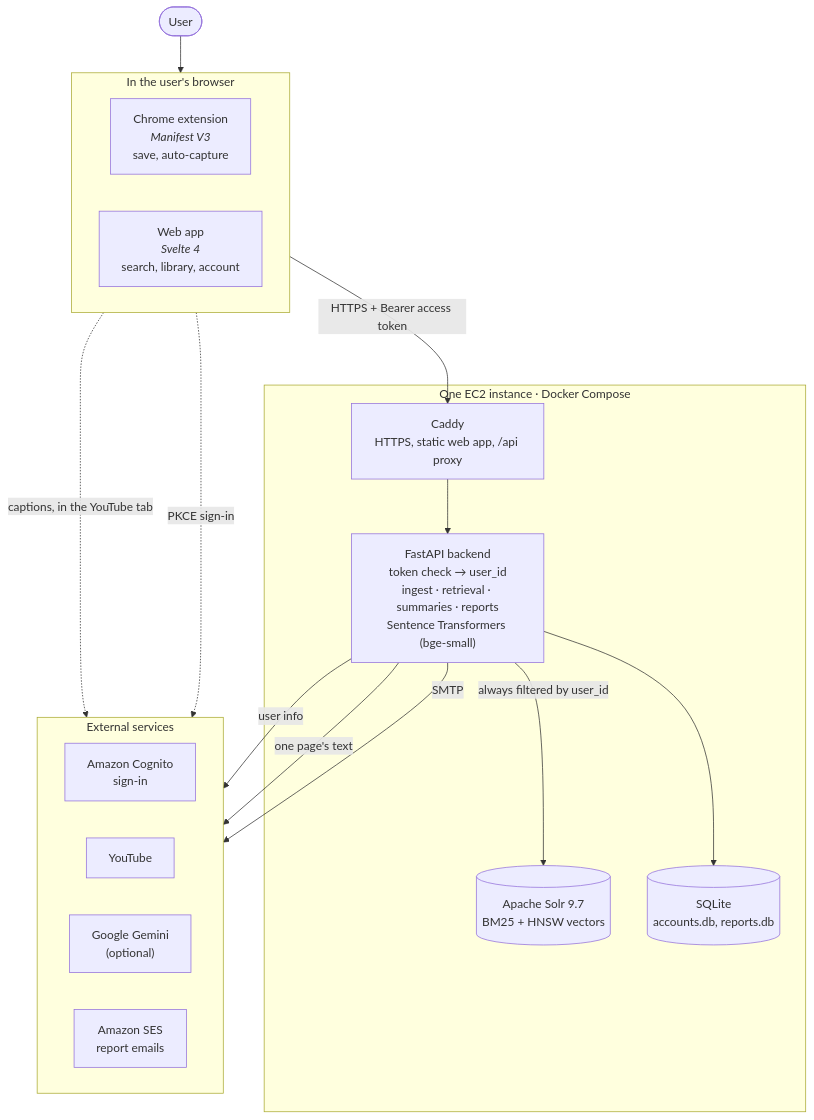
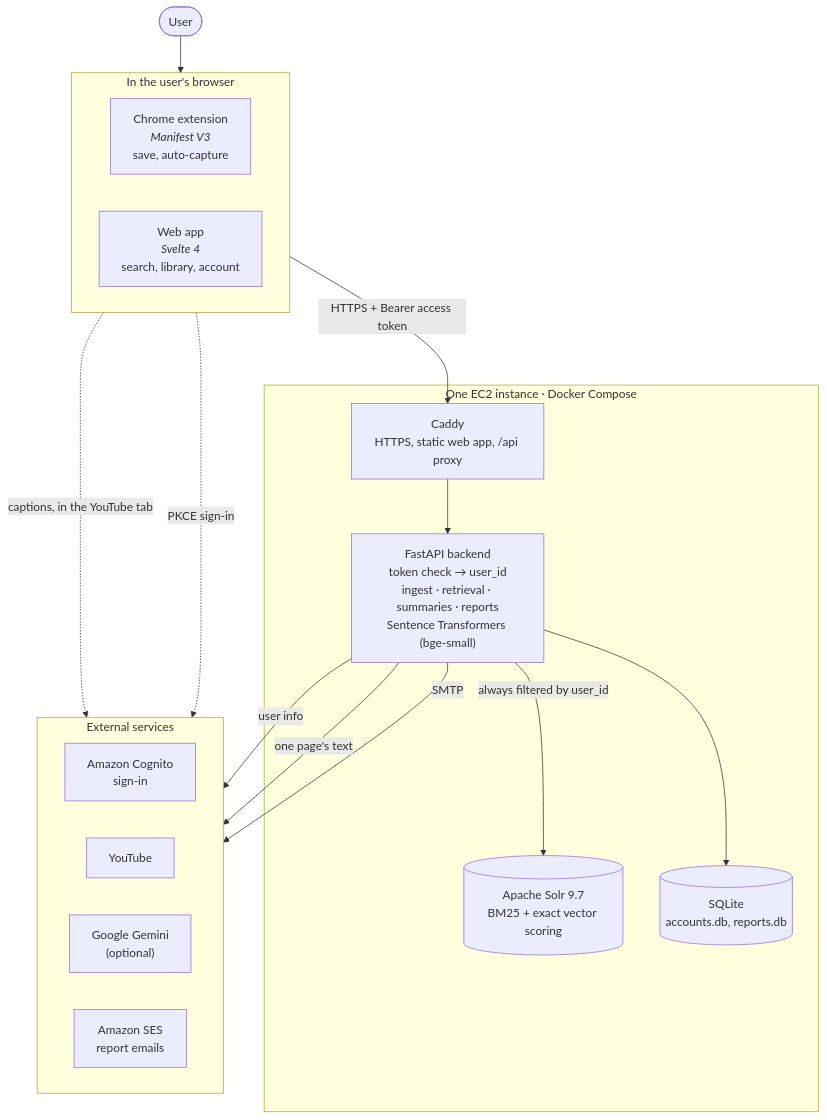
The diagram in docs/architecture/overview.md (rabeeh18/ucs503p-202627-MemoryLane), drawn with Mermaid before and after one commit. The commit also changed other lines of this file and 19 other files, not shown here.

````diff
--- a/docs/architecture/overview.md
+++ b/docs/architecture/overview.md
@@ -5,36 +5,36 @@
 ```mermaid
 flowchart TB
     user(["User"])
 
     subgraph client["In the user's browser"]
         direction LR
         ext["Chrome extension<br/><i>Manifest V3</i><br/>save, auto-capture"]
         web["Web app<br/><i>Svelte 4</i><br/>search, library, account"]
     end
 
     subgraph server["One EC2 instance · Docker Compose"]
         caddy["Caddy<br/>HTTPS, static web app, /api proxy"]
         api["FastAPI backend<br/>token check → user_id<br/>ingest · retrieval · summaries · reports<br/>Sentence Transformers (bge-small)"]
-        solr[("Apache Solr 9.7<br/>BM25 + HNSW vectors")]
+        solr[("Apache Solr 9.7<br/>BM25 + exact vector scoring")]
         sqlite[("SQLite<br/>accounts.db, reports.db")]
         caddy --> api
         api -->|"always filtered by user_id"| solr
         api --> sqlite
     end
 
     subgraph outside["External services"]
         direction LR
         cognito["Amazon Cognito<br/>sign-in"]
         youtube["YouTube"]
         gemini["Google Gemini<br/>(optional)"]
         ses["Amazon SES<br/>report emails"]
     end
 
     user --> client
     client -->|"HTTPS + Bearer access token"| caddy
     client -.->|"PKCE sign-in"| cognito
     ext -.->|"captions, in the YouTube tab"| youtube
     api -->|"user info"| cognito
     api -->|"one page's text"| gemini
     api -->|"SMTP"| ses
 ```
````
